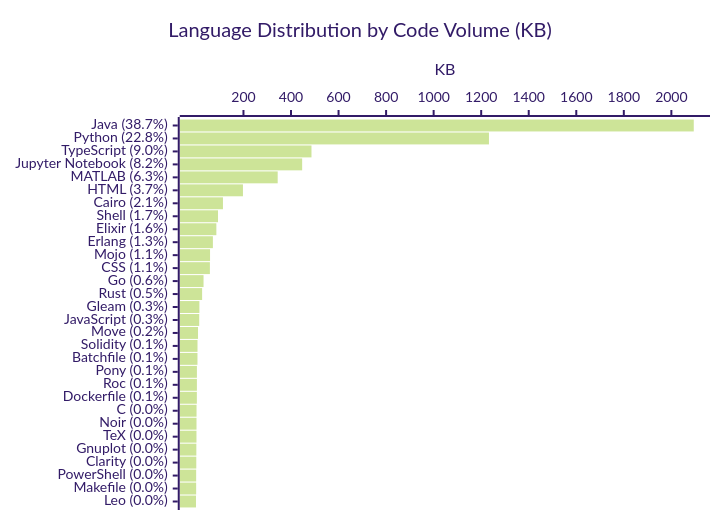
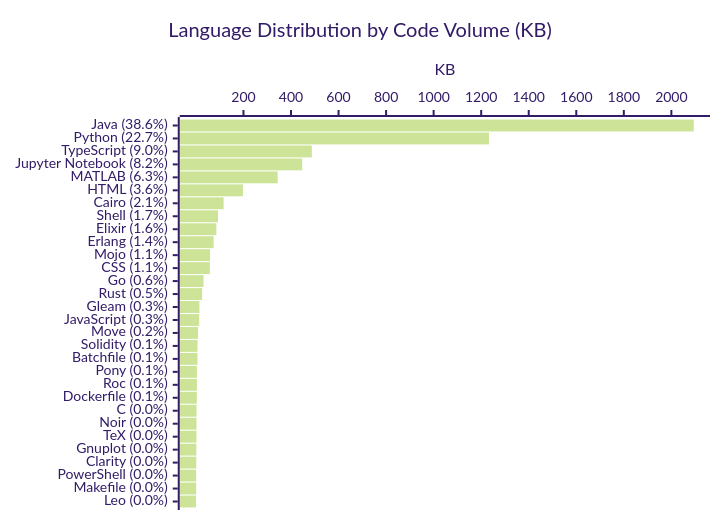
The diagram in profile/README.md (KathiraveluLab/.github), drawn with Mermaid (forest theme) before and after one commit. The commit also changed other lines of this file and 1 other file, not shown here.

````diff
--- a/profile/README.md
+++ b/profile/README.md
@@ -64,7 +64,7 @@
 ```mermaid
 xychart-beta horizontal
     title "Language Distribution by Code Volume (KB)"
-    x-axis ["Java (38.7%)", "Python (22.8%)", "TypeScript (9.0%)", "Jupyter Notebook (8.2%)", "MATLAB (6.3%)", "HTML (3.7%)", "Cairo (2.1%)", "Shell (1.7%)", "Elixir (1.6%)", "Erlang (1.3%)", "Mojo (1.1%)", "CSS (1.1%)", "Go (0.6%)", "Rust (0.5%)", "Gleam (0.3%)", "JavaScript (0.3%)", "Move (0.2%)", "Solidity (0.1%)", "Batchfile (0.1%)", "Pony (0.1%)", "Roc (0.1%)", "Dockerfile (0.1%)", "C (0.0%)", "Noir (0.0%)", "TeX (0.0%)", "Gnuplot (0.0%)", "Clarity (0.0%)", "PowerShell (0.0%)", "Makefile (0.0%)", "Leo (0.0%)"]
+    x-axis ["Java (38.6%)", "Python (22.7%)", "TypeScript (9.0%)", "Jupyter Notebook (8.2%)", "MATLAB (6.3%)", "HTML (3.6%)", "Cairo (2.1%)", "Shell (1.7%)", "Elixir (1.6%)", "Erlang (1.4%)", "Mojo (1.1%)", "CSS (1.1%)", "Go (0.6%)", "Rust (0.5%)", "Gleam (0.3%)", "JavaScript (0.3%)", "Move (0.2%)", "Solidity (0.1%)", "Batchfile (0.1%)", "Pony (0.1%)", "Roc (0.1%)", "Dockerfile (0.1%)", "C (0.0%)", "Noir (0.0%)", "TeX (0.0%)", "Gnuplot (0.0%)", "Clarity (0.0%)", "PowerShell (0.0%)", "Makefile (0.0%)", "Leo (0.0%)"]
     y-axis "KB"
-    bar [2094.22, 1232.67, 486.14, 446.9, 343.93, 197.81, 113.7, 92.94, 85.96, 71.37, 59.44, 58.73, 32.03, 26.08, 14.6, 13.89, 8.83, 6.65, 6.48, 4.14, 4.09, 3.9, 2.58, 2.46, 2.29, 1.82, 1.53, 1.02, 0.99, 0.27]
+    bar [2094.22, 1232.67, 487.54, 446.9, 343.93, 197.81, 116.48, 92.94, 85.96, 74.47, 59.44, 58.73, 32.03, 26.08, 14.6, 13.89, 8.83, 6.65, 6.48, 4.14, 4.09, 3.9, 2.58, 2.46, 2.29, 1.82, 1.53, 1.02, 0.99, 0.27]
 ```
````
